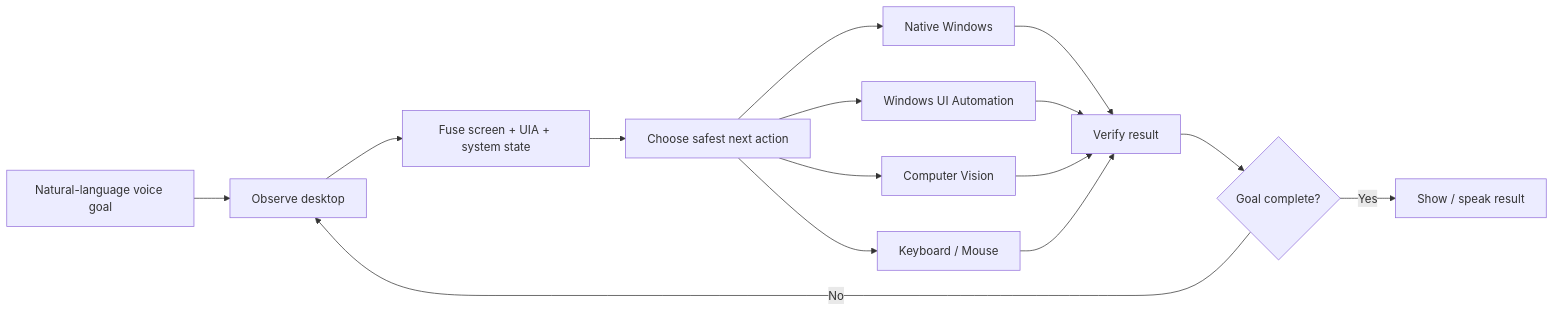
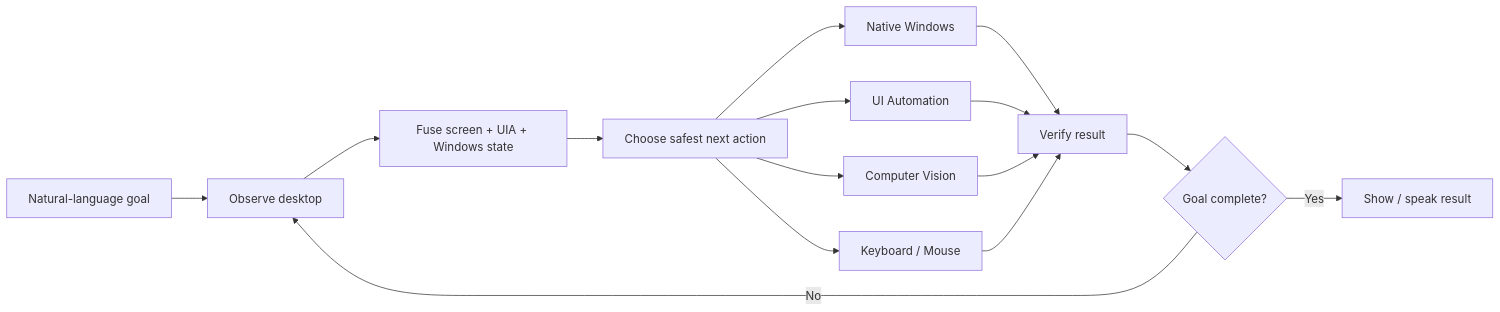
One commit to inshalstratrum/SHAL-Voice-PC changed the diagram in README.md. Above: the diagram before and after it, drawn with Mermaid. The commit also changed other lines of this file, not shown here.

Commit message:
Improve README navigation, architecture, SEO, and project transparency

````diff
--- a/README.md
+++ b/README.md
@@ -37,20 +51,20 @@
 ```mermaid
 flowchart LR
-    Voice["Natural-language voice goal"] --> Observe["Observe desktop"]
-    Observe --> State["Fuse screen + UIA + system state"]
+    Goal["Natural-language goal"] --> Observe["Observe desktop"]
+    Observe --> State["Fuse screen + UIA + Windows state"]
     State --> Plan["Choose safest next action"]
 
     Plan --> Native["Native Windows"]
-    Plan --> UIA["Windows UI Automation"]
+    Plan --> UIA["UI Automation"]
     Plan --> Vision["Computer Vision"]
     Plan --> KM["Keyboard / Mouse"]
 
     Native --> Verify["Verify result"]
     UIA --> Verify
     Vision --> Verify
     KM --> Verify
 
     Verify --> Done{"Goal complete?"}
     Done -- No --> Observe
     Done -- Yes --> Reply["Show / speak result"]
 ```
````
